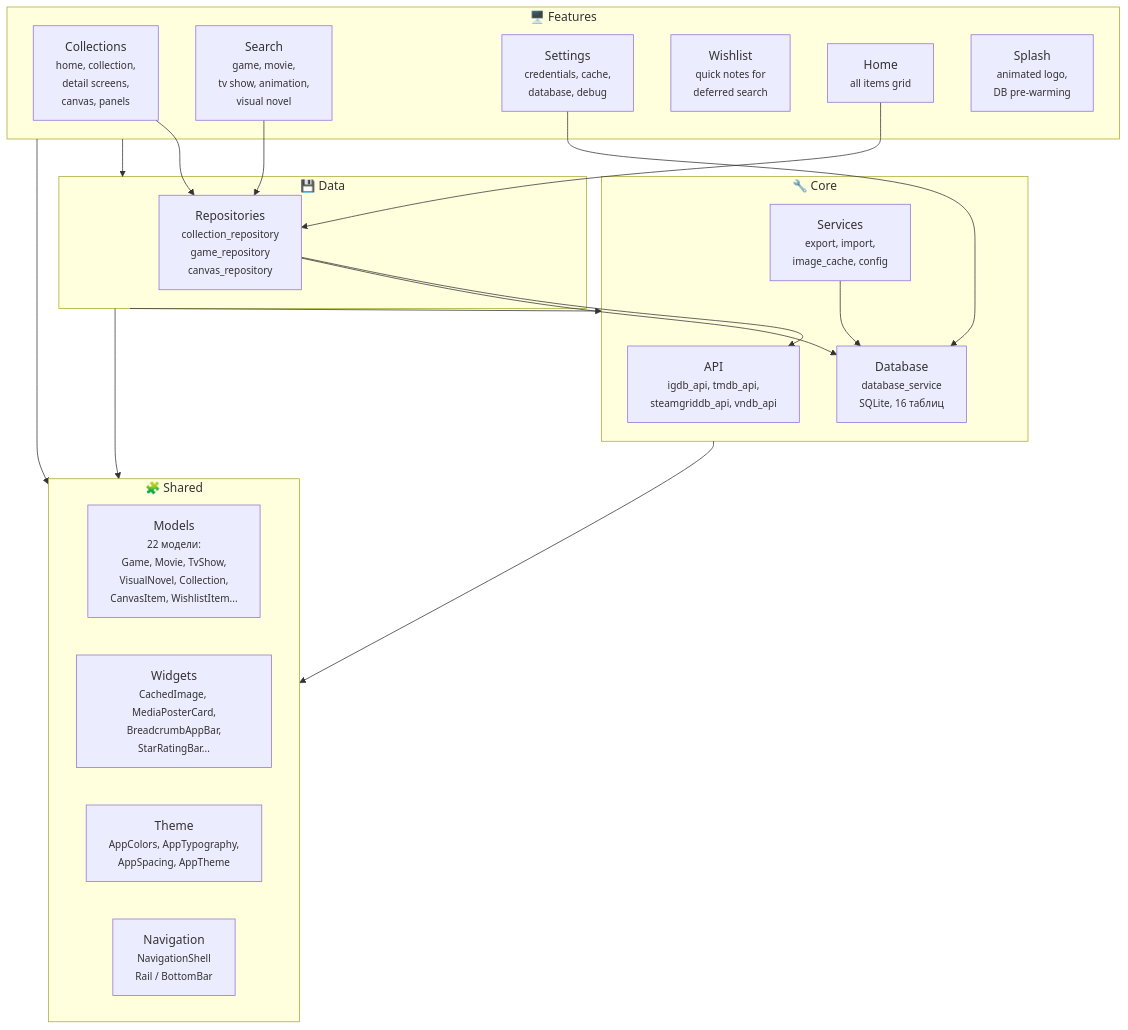
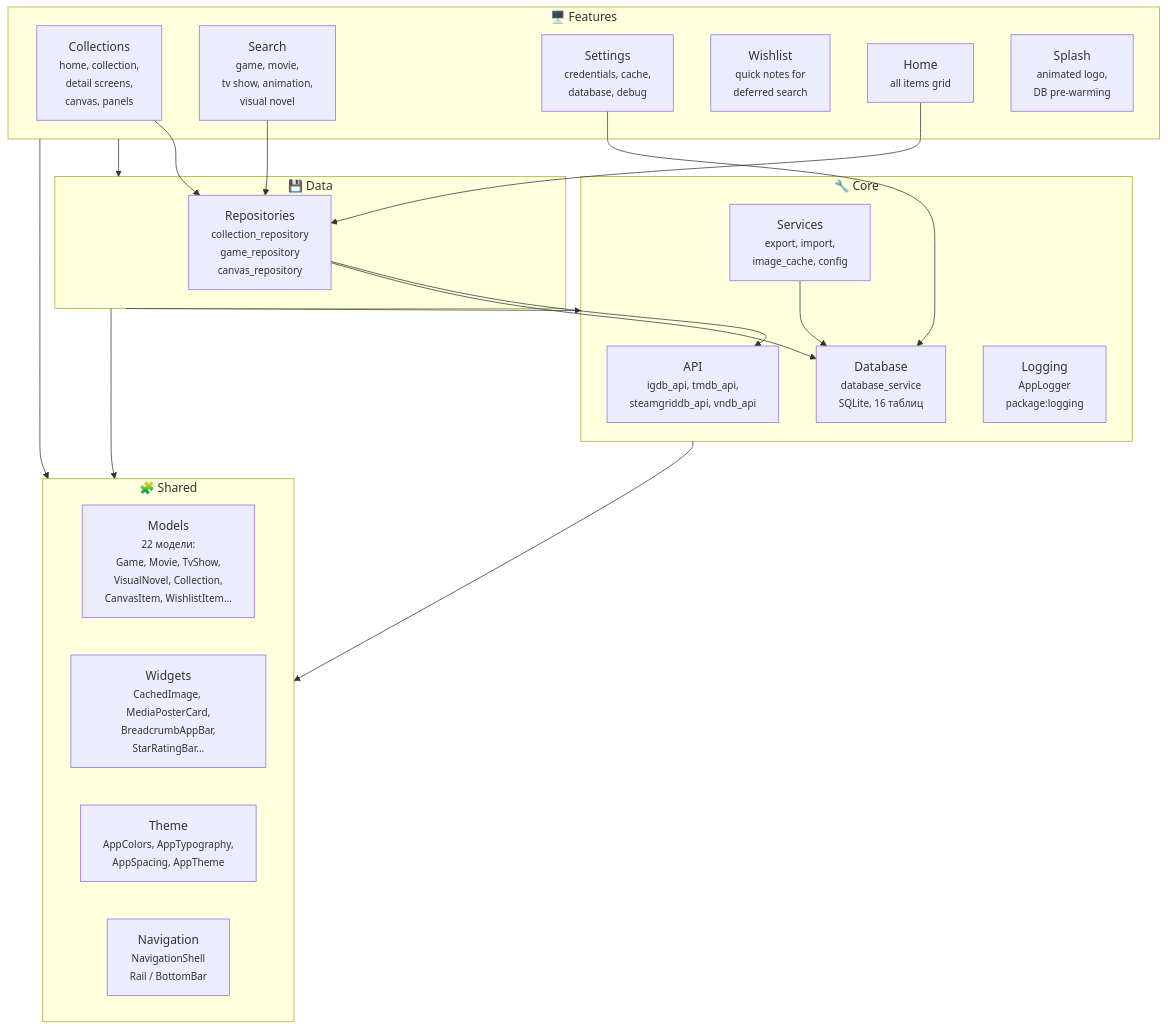
One commit to hacan359/tonkatsu_box changed the first of 2 diagrams in docs/ARCHITECTURE.md. Above: the diagram before and after it, drawn with Mermaid. The commit also changed other lines of this file and 18 other files, not shown here.

First line of the commit message:
feat: add structured logging with package:logging to core layer

````diff
--- a/docs/ARCHITECTURE.md
+++ b/docs/ARCHITECTURE.md
@@ -24,42 +24,43 @@
 ```mermaid
 graph TB
     subgraph core ["🔧 Core"]
         api["API<br/><small>igdb_api, tmdb_api,<br/>steamgriddb_api, vndb_api</small>"]
         database["Database<br/><small>database_service<br/>SQLite, 16 таблиц</small>"]
+        logging["Logging<br/><small>AppLogger<br/>package:logging</small>"]
         services["Services<br/><small>export, import,<br/>image_cache, config</small>"]
     end
 
     subgraph data ["💾 Data"]
         repositories["Repositories<br/><small>collection_repository<br/>game_repository<br/>canvas_repository</small>"]
     end
 
     subgraph features ["🖥️ Features"]
         collections["Collections<br/><small>home, collection,<br/>detail screens,<br/>canvas, panels</small>"]
         search["Search<br/><small>game, movie,<br/>tv show, animation,<br/>visual novel</small>"]
         settings["Settings<br/><small>credentials, cache,<br/>database, debug</small>"]
         wishlist["Wishlist<br/><small>quick notes for<br/>deferred search</small>"]
         home["Home<br/><small>all items grid</small>"]
         splash["Splash<br/><small>animated logo,<br/>DB pre-warming</small>"]
     end
 
     subgraph shared ["🧩 Shared"]
         models["Models<br/><small>22 модели:<br/>Game, Movie, TvShow,<br/>VisualNovel, Collection,<br/>CanvasItem, WishlistItem...</small>"]
         widgets["Widgets<br/><small>CachedImage, MediaPosterCard,<br/>BreadcrumbAppBar,<br/>StarRatingBar...</small>"]
         theme["Theme<br/><small>AppColors, AppTypography,<br/>AppSpacing, AppTheme</small>"]
         navigation["Navigation<br/><small>NavigationShell<br/>Rail / BottomBar</small>"]
     end
 
     features --> data
     features --> shared
     data --> core
     data --> shared
     core --> shared
 
     collections --> repositories
     search --> repositories
     settings --> database
     home --> repositories
     repositories --> api
     repositories --> database
     services --> database
 ```
````
